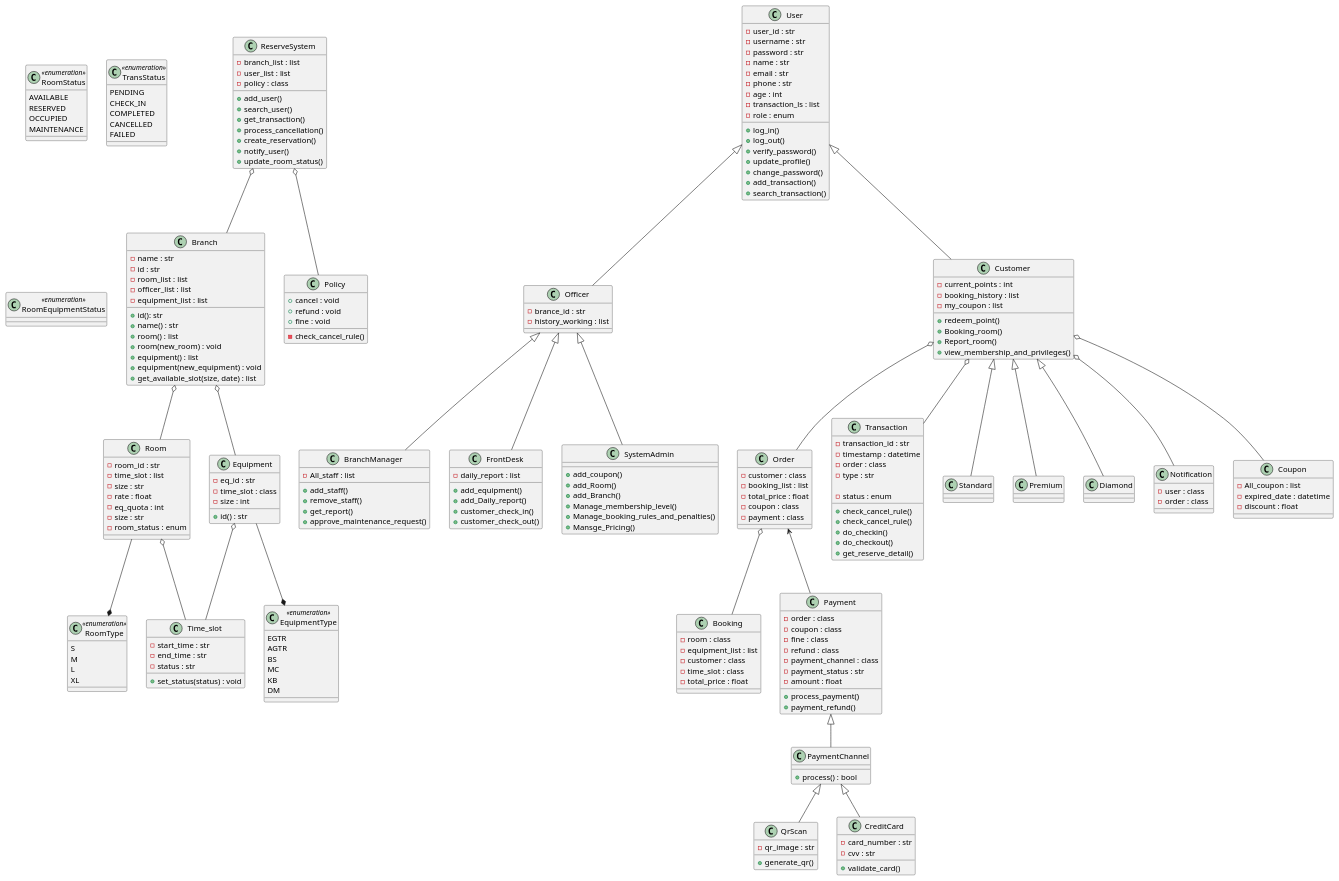
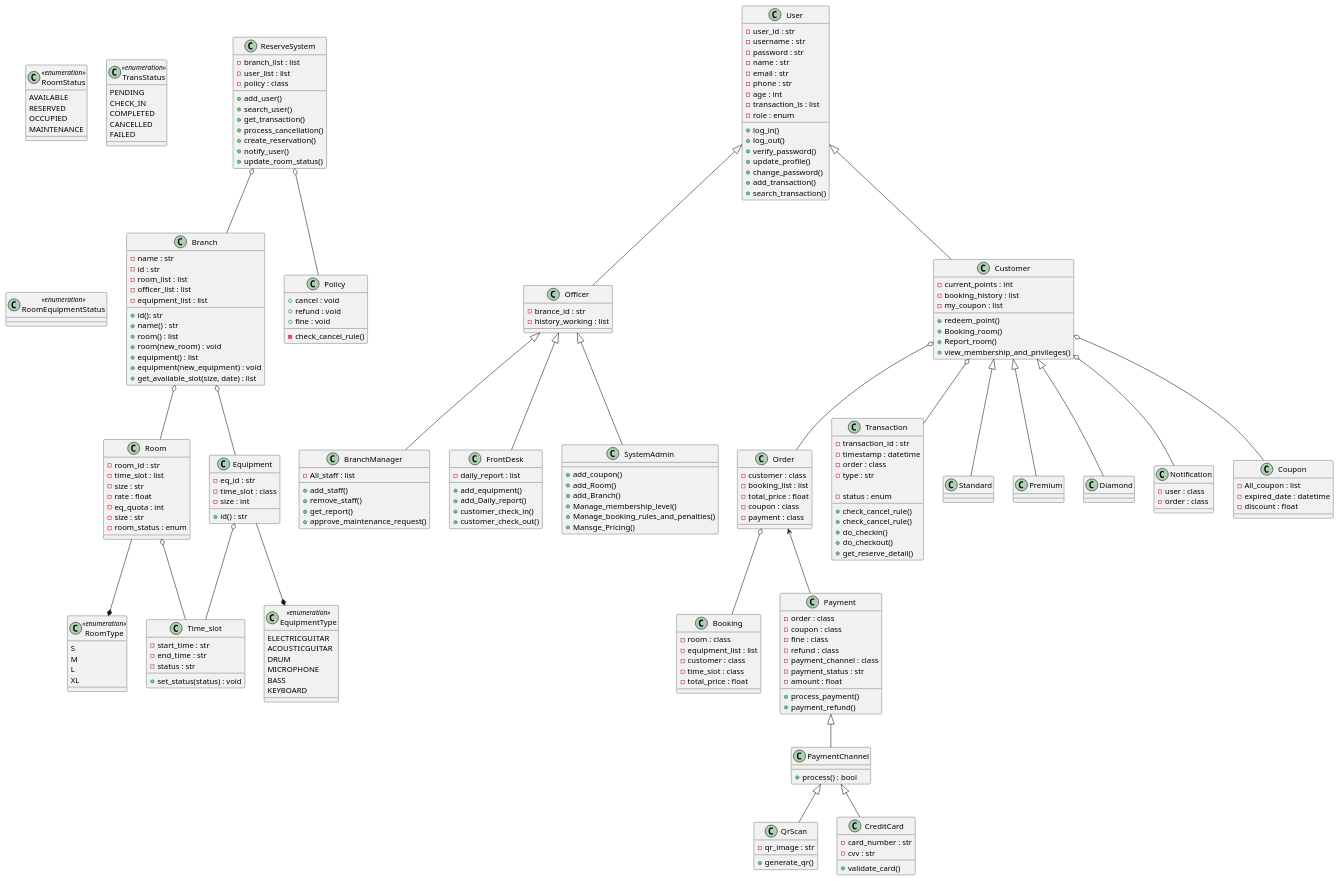
Before and after one commit to pjngth998/RhythmReserve: the diagram in diagram/class_diagram.puml, drawn with PlantUML.

Commit message:
edit equipment type

```diff
--- a/diagram/class_diagram.puml
+++ b/diagram/class_diagram.puml
@@ -232,12 +232,12 @@
 }
 
 class EquipmentType <<enumeration>> {
-    EGTR
-    AGTR
-    BS
-    MC
-    KB
-    DM
+    ELECTRICGUITAR
+    ACOUSTICGUITAR
+    DRUM
+    MICROPHONE
+    BASS
+    KEYBOARD
 }
 
 class RoomEquipmentStatus <<enumeration>> {
```
